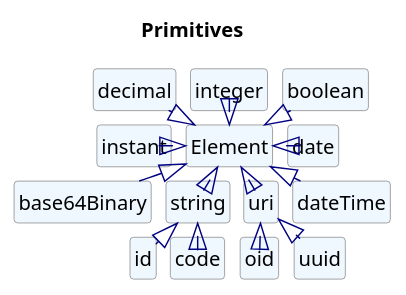
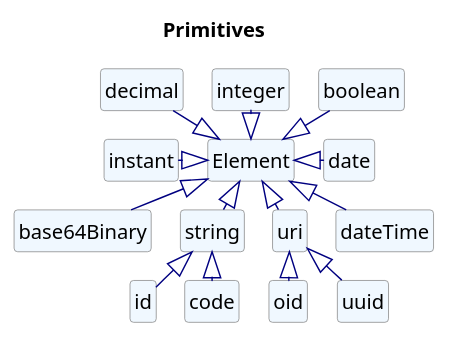
One commit to vista-novo/fhir changed the diagram in source/datatypes/primitives.plantuml. Above: the diagram before and after it, drawn with PlantUML. The commit also changed 20 other files, not shown here.

```diff
--- a/source/datatypes/primitives.plantuml
+++ b/source/datatypes/primitives.plantuml
@@ -1,55 +1,55 @@
 @startuml
 title Primitives
-skinparam nodesep 10
-skinparam ranksep 10
+skinparam nodesep 20
+skinparam ranksep 20
 skinparam classBackgroundColor Aliceblue
 skinparam classBorderColor Gray
 skinparam classArrowColor Navy
 
 Element <|-up- boolean
 Element <|-up- integer
 Element <|-up- decimal
 Element <|-down- base64Binary
 Element <|-left- instant
 Element <|-down- string 
 Element <|-down- uri
 Element <|-right- date
 Element <|-down- dateTime
 string <|-down- id
 string <|-down- code
 uri <|-down- oid
 uri <|-down- uuid
 
 class Element
 class boolean
 class integer
 class decimal
 class base64Binary
 class instant
 class string 
 class uri
 class date
 class dateTime
 class code
 class oid
 class uuid
 class id
 
 hide methods
 hide attributes
 hide Element circle
 hide boolean circle
 hide integer circle
 hide decimal circle
 hide base64Binary circle
 hide instant circle
 hide string  circle
 hide uri circle
 hide date circle
 hide dateTime circle
 hide oid circle
 hide uuid circle
 hide code circle
 hide id circle
 
 @enduml
```
